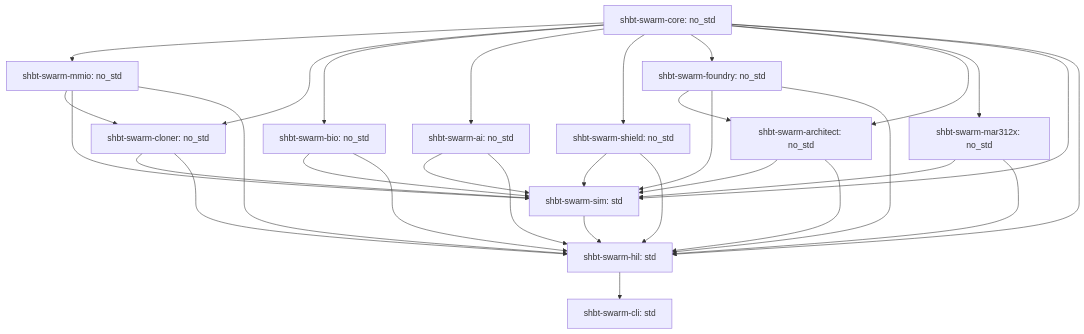
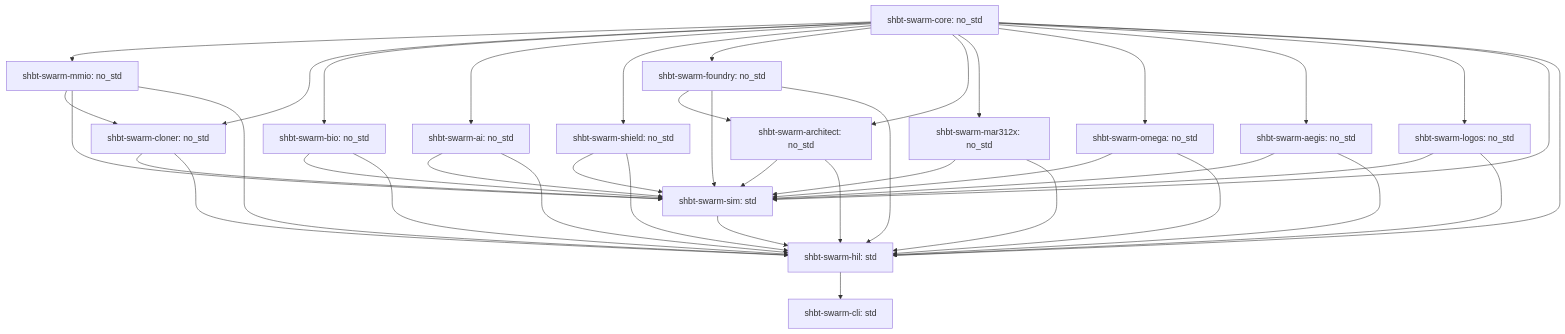
The diagram in README.md (sys1own/shbt-swarm), drawn with Mermaid before and after one commit. The commit also changed other lines of this file and 36 other files, not shown here.

Commit message:
feat(omega): implement SHBT-OMEGA-312 galactic synthesis and SHBT-LOGOS-312 hyper-computer architecture (144/144 gates, 38/38 Z3)

````diff
--- a/README.md
+++ b/README.md
@@ -479,33 +587,42 @@
 ```mermaid
 graph TD
     core[shbt-swarm-core: no_std] --> mmio[shbt-swarm-mmio: no_std]
     core --> cloner[shbt-swarm-cloner: no_std]
     mmio --> cloner
     core --> bio[shbt-swarm-bio: no_std]
     core --> ai[shbt-swarm-ai: no_std]
     core --> shield[shbt-swarm-shield: no_std]
     core --> foundry[shbt-swarm-foundry: no_std]
     core --> architect[shbt-swarm-architect: no_std]
     foundry --> architect
     core --> mar312x[shbt-swarm-mar312x: no_std]
-    core --> sim[shbt-swarm-sim: std]
+    core --> omega[shbt-swarm-omega: no_std]
+    core --> aegis[shbt-swarm-aegis: no_std]
+    core --> logos[shbt-swarm-logos: no_std]
+    omega --> sim[shbt-swarm-sim: std]
+    aegis --> sim
+    logos --> sim
+    core --> sim
     mmio --> sim
     cloner --> sim
     bio --> sim
     ai --> sim
     shield --> sim
     foundry --> sim
     architect --> sim
     mar312x --> sim
     core --> hil[shbt-swarm-hil: std]
     mmio --> hil
     cloner --> hil
     bio --> hil
     ai --> hil
     shield --> hil
     foundry --> hil
     architect --> hil
     mar312x --> hil
+    omega --> hil
+    aegis --> hil
+    logos --> hil
     sim --> hil
     hil --> cli[shbt-swarm-cli: std]
 ```
````
